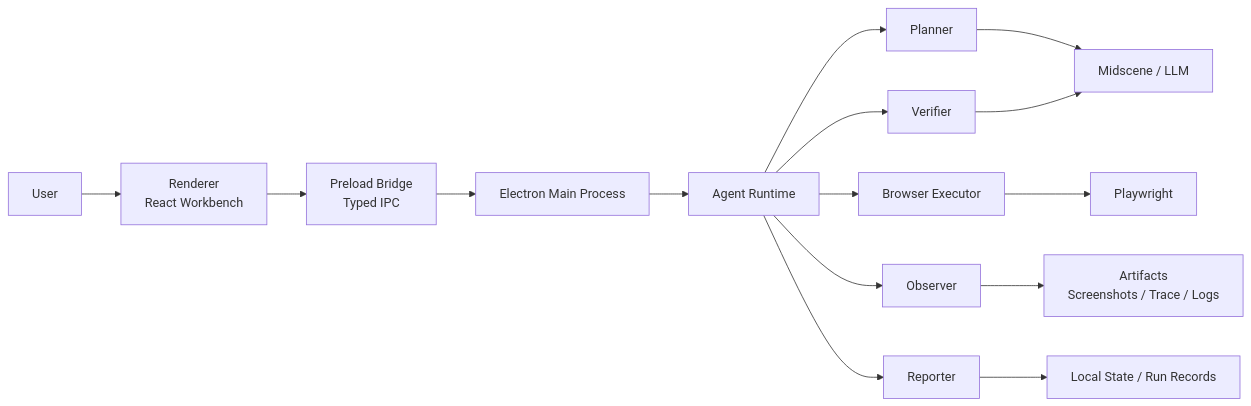
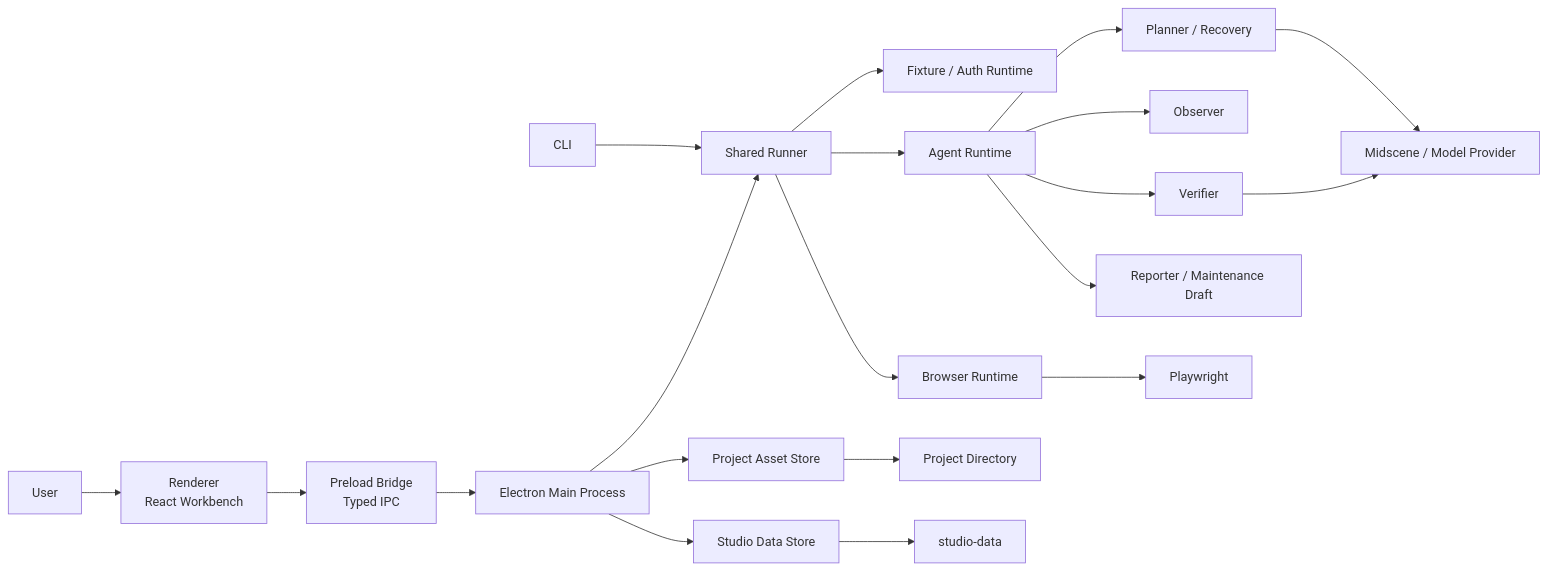
Before and after one commit to Chrisifan/Test-Buddy: the first of 2 diagrams in docs/system-architecture.md, drawn with Mermaid. The commit also changed other lines of this file and 43 other files, not shown here.

````diff
--- a/docs/system-architecture.md
+++ b/docs/system-architecture.md
@@ -9,17 +20,22 @@
 ```mermaid
 flowchart LR
   U["User"] --> R["Renderer<br/>React Workbench"]
   R --> P["Preload Bridge<br/>Typed IPC"]
   P --> M["Electron Main Process"]
-  M --> AR["Agent Runtime"]
-  AR --> PL["Planner"]
-  AR --> EX["Browser Executor"]
+  C["CLI"] --> RUN["Shared Runner"]
+  M --> RUN
+  M --> PS["Project Asset Store"]
+  M --> SD["Studio Data Store"]
+  RUN --> FX["Fixture / Auth Runtime"]
+  RUN --> AR["Agent Runtime"]
+  RUN --> BR["Browser Runtime"]
+  AR --> PL["Planner / Recovery"]
   AR --> OB["Observer"]
   AR --> VF["Verifier"]
-  AR --> RP["Reporter"]
-  EX --> PW["Playwright"]
-  PL --> MS["Midscene / LLM"]
-  VF --> MS
-  OB --> AF["Artifacts<br/>Screenshots / Trace / Logs"]
-  RP --> ST["Local State / Run Records"]
+  AR --> RP["Reporter / Maintenance Draft"]
+  BR --> PW["Playwright"]
+  PL --> AI["Midscene / Model Provider"]
+  VF --> AI
+  PS --> PD["Project Directory"]
+  SD --> DD["studio-data"]
 ```
````
